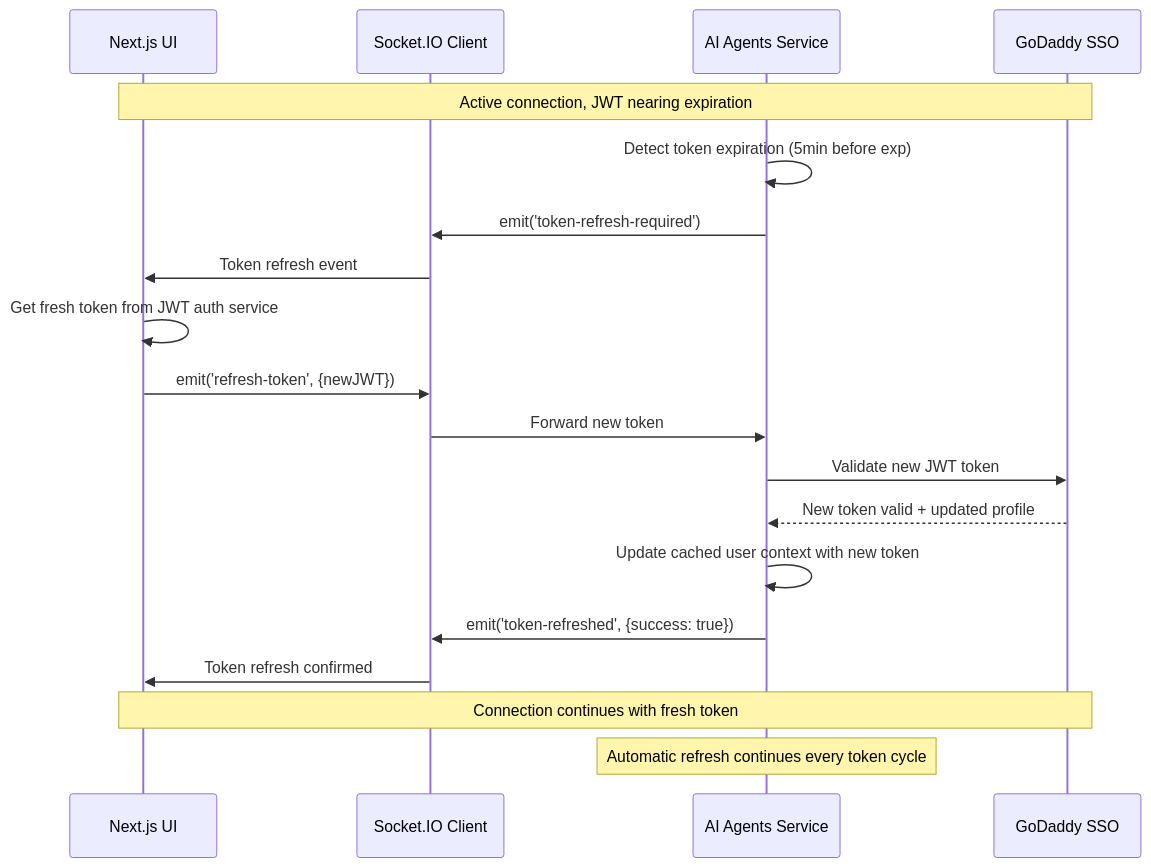
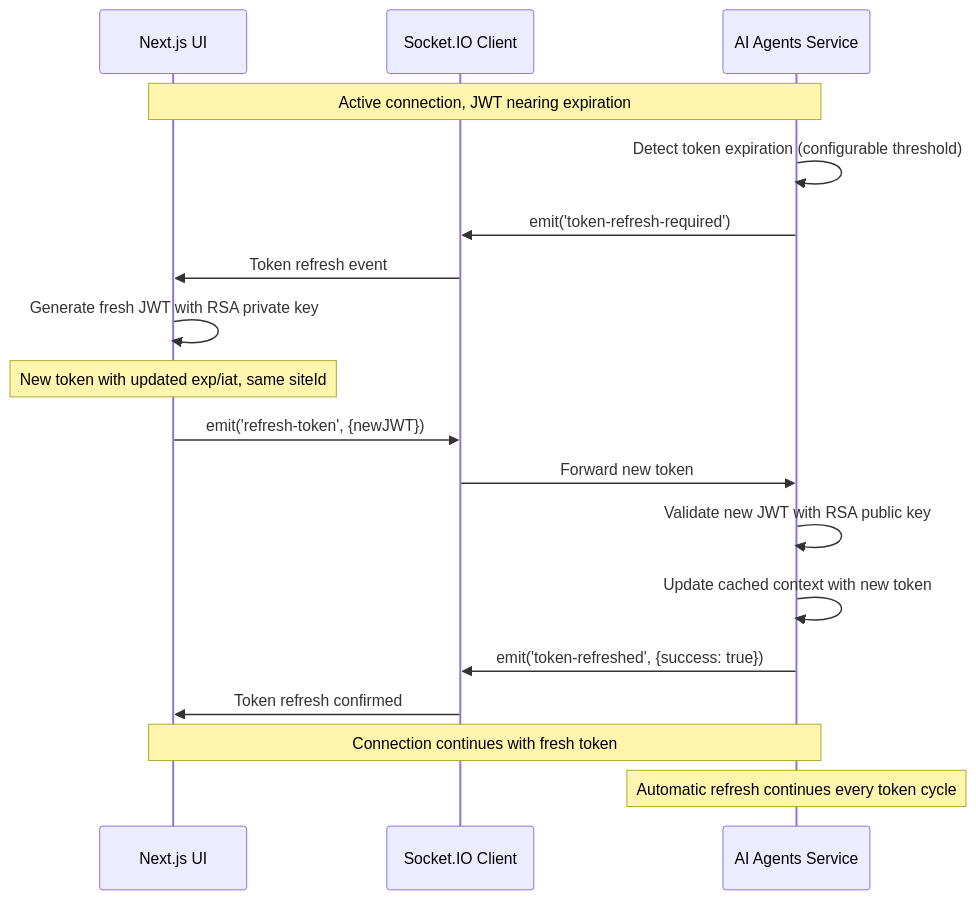
One commit to hsharif-godaddy/hackathon2026 changed the fourth of 7 diagrams in docs/ui-agents-authentication-architecture.md. Above: the diagram before and after it, drawn with Mermaid. The commit also changed other lines of this file and 37 other files, not shown here.

````diff
--- a/docs/ui-agents-authentication-architecture.md
+++ b/docs/ui-agents-authentication-architecture.md
@@ -172,27 +178,25 @@
 ```mermaid
 sequenceDiagram
     participant UI as Next.js UI
     participant SocketIO as Socket.IO Client
     participant Agents as AI Agents Service
-    participant SSO as GoDaddy SSO
 
-    Note over UI,SSO: Active connection, JWT nearing expiration
+    Note over UI,Agents: Active connection, JWT nearing expiration
 
-    Agents->>Agents: Detect token expiration (5min before exp)
+    Agents->>Agents: Detect token expiration (configurable threshold)
     Agents->>SocketIO: emit('token-refresh-required')
     SocketIO->>UI: Token refresh event
 
-    UI->>UI: Get fresh token from JWT auth service
+    UI->>UI: Generate fresh JWT with RSA private key
+    Note over UI: New token with updated exp/iat, same siteId
     UI->>SocketIO: emit('refresh-token', {newJWT})
     SocketIO->>Agents: Forward new token
 
-    Agents->>SSO: Validate new JWT token
-    SSO-->>Agents: New token valid + updated profile
-
-    Agents->>Agents: Update cached user context with new token
+    Agents->>Agents: Validate new JWT with RSA public key
+    Agents->>Agents: Update cached context with new token
     Agents->>SocketIO: emit('token-refreshed', {success: true})
     SocketIO->>UI: Token refresh confirmed
 
-    Note over UI,SSO: Connection continues with fresh token
+    Note over UI,Agents: Connection continues with fresh token
     Note over Agents: Automatic refresh continues every token cycle
 ```
````
